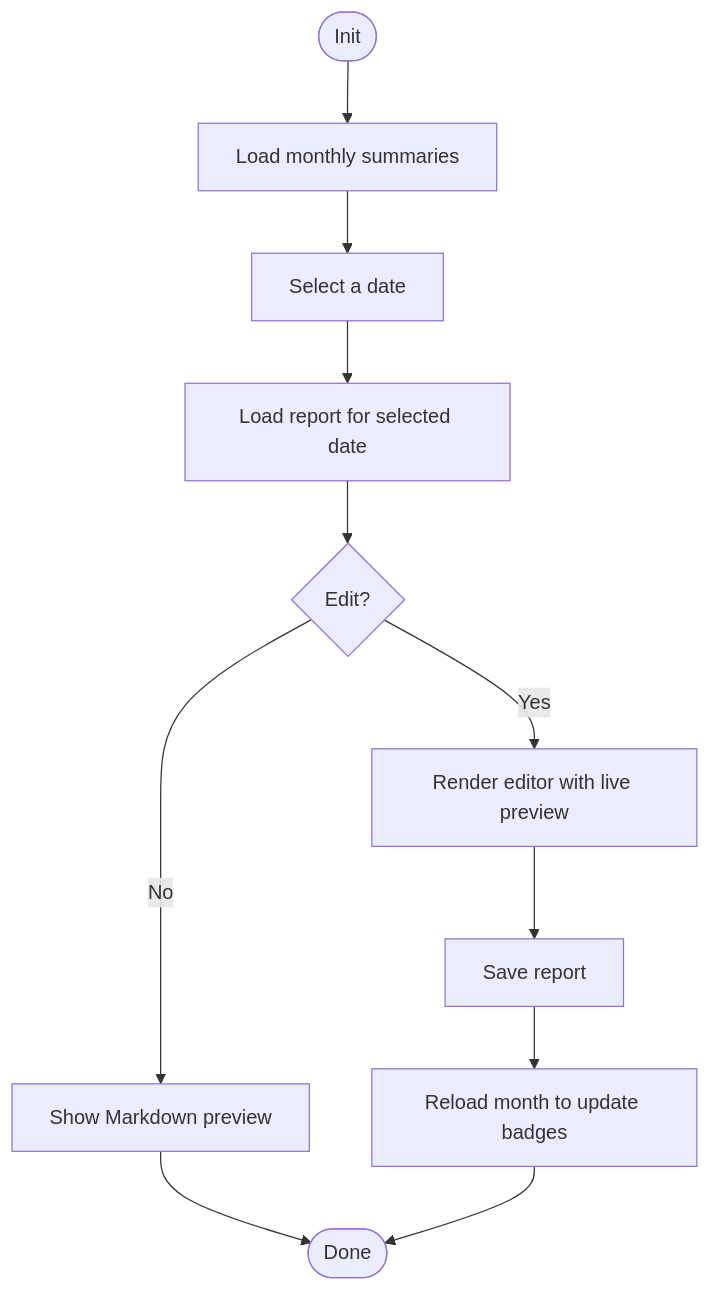
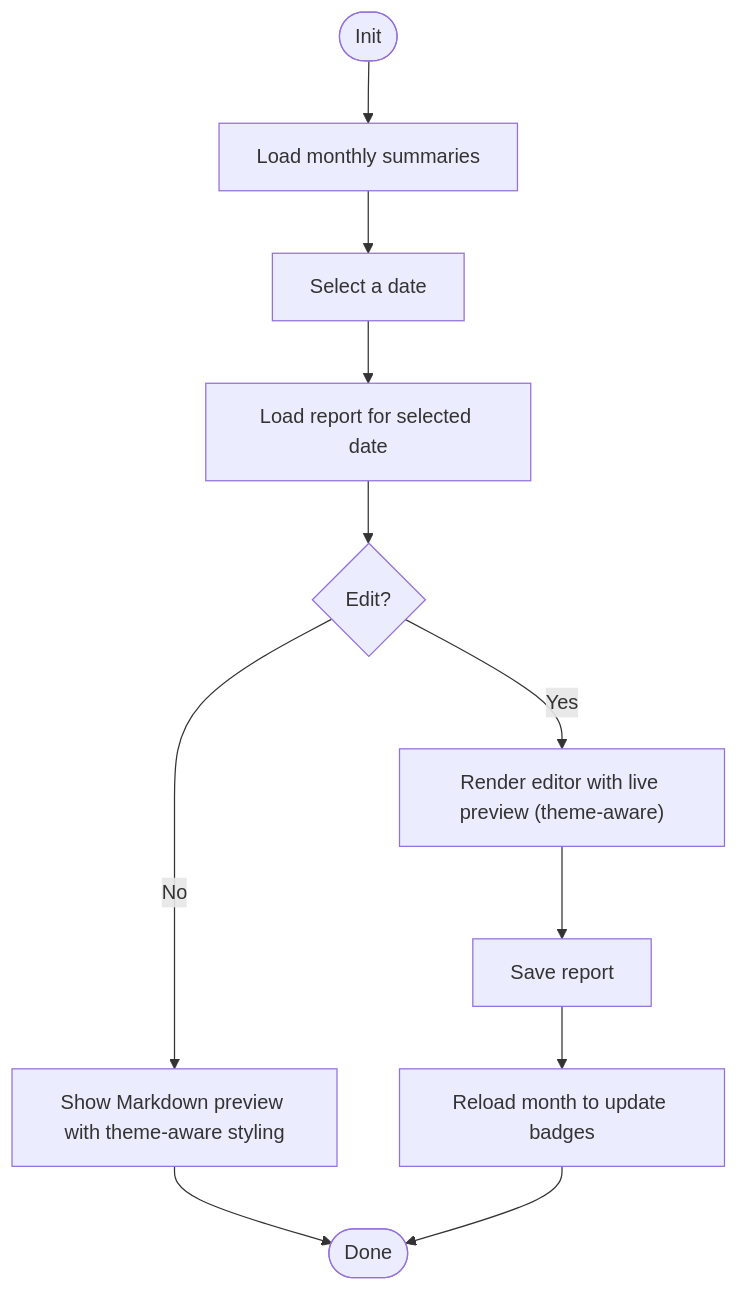
The eighth of 13 diagrams in .qoder/repowiki/en/content/Frontend Components/Frontend Components.md (jrj444/git-daily), drawn with Mermaid before and after one commit. The commit also changed other lines of this file and 4 other files, not shown here.

````diff
--- a/.qoder/repowiki/en/content/Frontend Components/Frontend Components.md
+++ b/.qoder/repowiki/en/content/Frontend Components/Frontend Components.md
@@ -470,13 +524,13 @@
 ```mermaid
 flowchart TD
 Init(["Init"]) --> LoadMonth["Load monthly summaries"]
 LoadMonth --> SelectDay["Select a date"]
 SelectDay --> LoadDay["Load report for selected date"]
 LoadDay --> Mode{"Edit?"}
-Mode --> |No| Preview["Show Markdown preview"]
-Mode --> |Yes| Edit["Render editor with live preview"]
+Mode --> |No| Preview["Show Markdown preview with theme-aware styling"]
+Mode --> |Yes| Edit["Render editor with live preview (theme-aware)"]
 Edit --> Save["Save report"]
 Save --> Reload["Reload month to update badges"]
 Preview --> End(["Done"])
 Reload --> End
 ```
````
